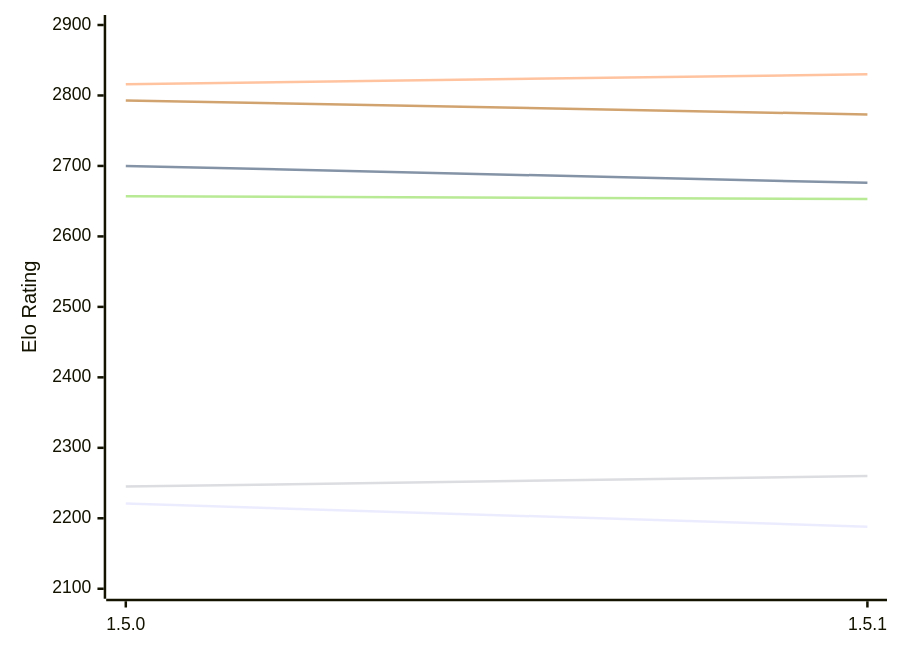
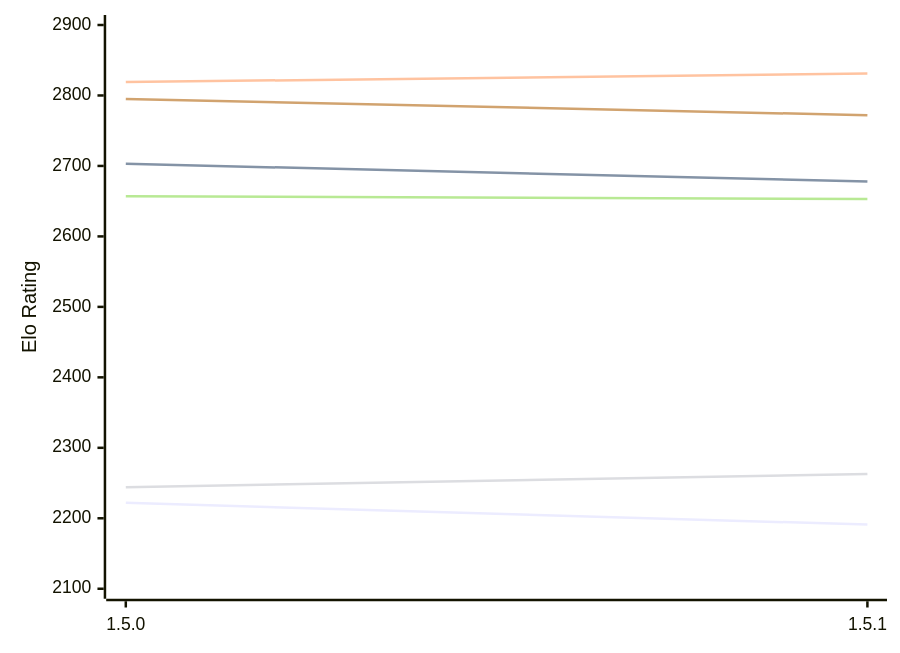
The first of 2 diagrams in engines/Coco.md (computer-chess-index/cci), drawn with Mermaid before and after one commit. The commit also changed other lines of this file, not shown here.

Commit message:
Update CCI Ratings (ELO VLTC) - 2026-11-22

````diff
--- a/engines/Coco.md
+++ b/engines/Coco.md
@@ -50,12 +50,12 @@
 ```mermaid
 %%{init: {"theme":"base","themeVariables":{"seriesColors:['#a3a3a3','#222221','#faa371']}}}%%
 xychart-beta
   x-axis ["1.5.0", "1.5.1"]
   y-axis "Elo Rating" 2100 --> 2900
-  line "E1: STC (8.0+0.08s)" [2221, 2188]
-  line "E1: LTC (60.0+0.60s)" [2700, 2676]
-  line "E1: VLTC (2m24s+1.12s)" [2816, 2830]
-  line "P1: STC (8.0+0.08s)" [2245, 2260]
+  line "E1: STC (8.0+0.08s)" [2222, 2191]
+  line "E1: LTC (60.0+0.60s)" [2703, 2678]
+  line "E1: VLTC (2m24s+1.12s)" [2819, 2831]
+  line "P1: STC (8.0+0.08s)" [2244, 2263]
   line "P1: LTC (60.0+0.60s)" [2657, 2653]
-  line "P1: VLTC (2m24s+1.12s)" [2793, 2773]
+  line "P1: VLTC (2m24s+1.12s)" [2795, 2772]
 ```
````
